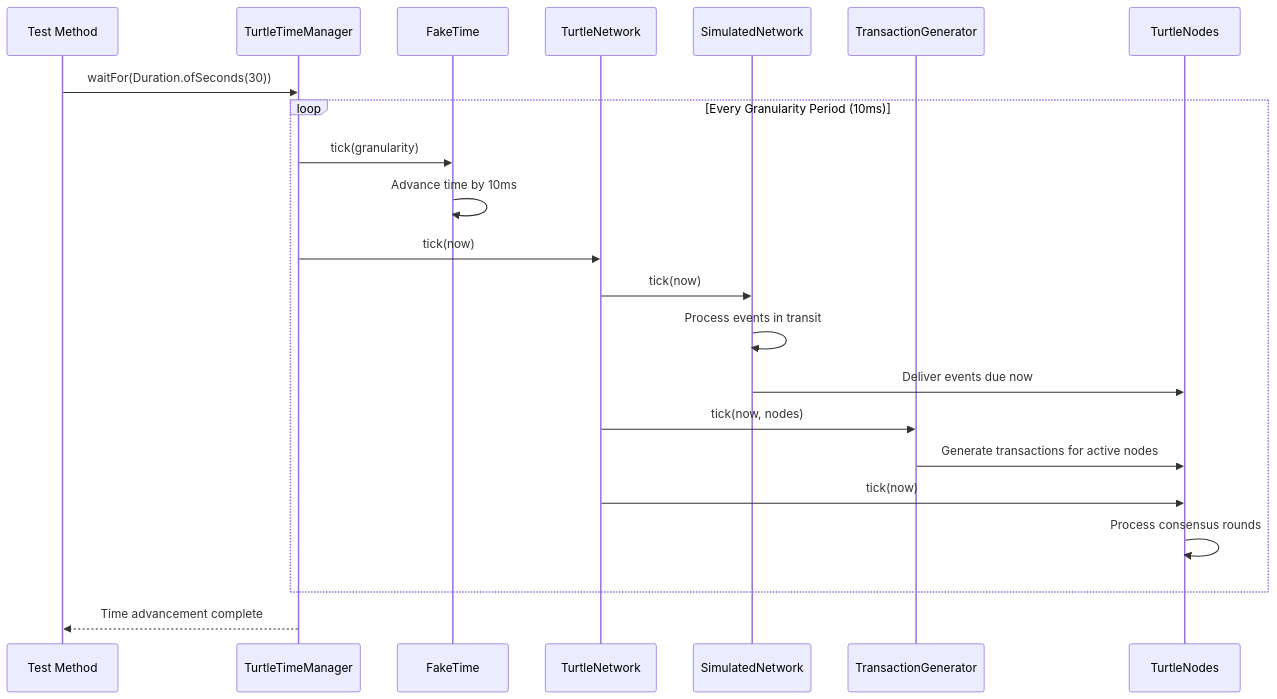
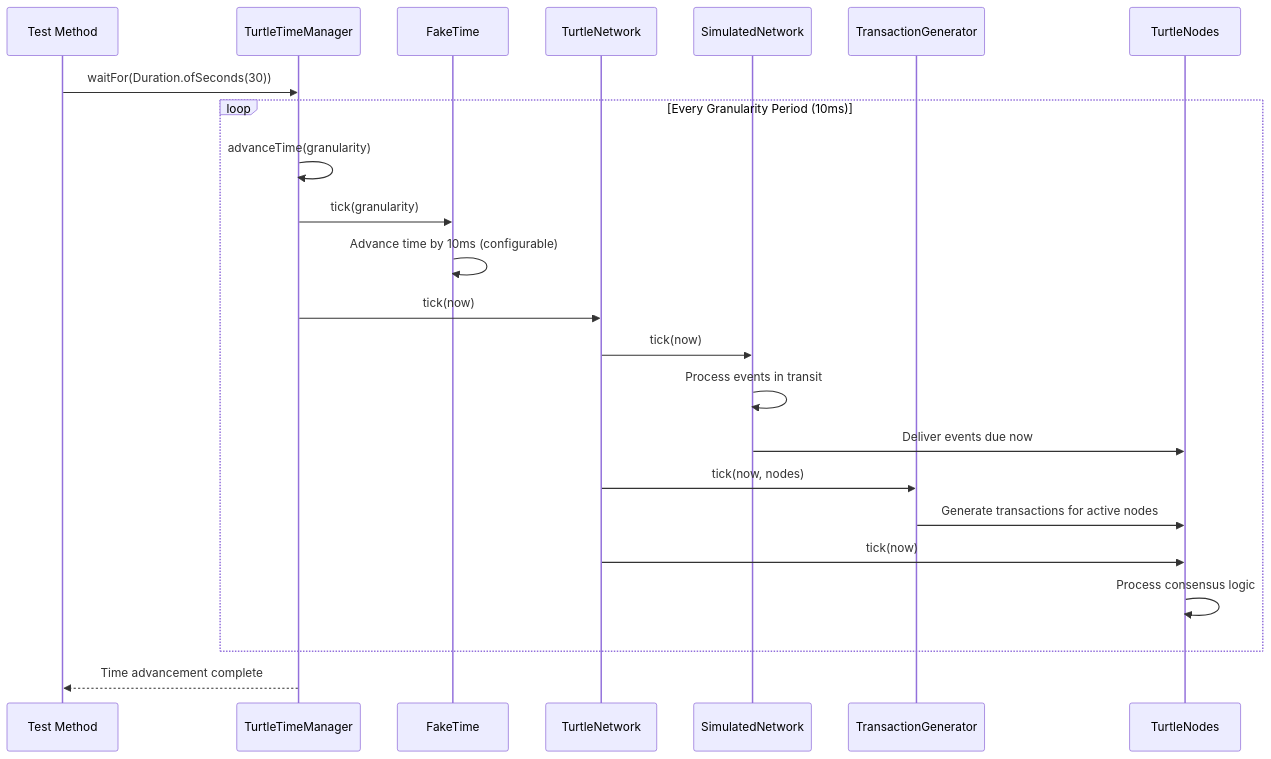
The fifth of 5 diagrams in platform-sdk/consensus-otter-tests/docs/turtle-environment.md (quiet-node/hiero-consensus-node), drawn with Mermaid before and after one commit. The commit also changed 2 other files, not shown here.

Commit message:
docs: Added container-environment.md (#20028)

````diff
--- a/platform-sdk/consensus-otter-tests/docs/turtle-environment.md
+++ b/platform-sdk/consensus-otter-tests/docs/turtle-environment.md
@@ -304,27 +304,28 @@
 ```mermaid
 sequenceDiagram
-    participant Test as Test Method
-    participant TTM as TurtleTimeManager
-    participant FT as FakeTime
-    participant TN as TurtleNetwork
-    participant SN as SimulatedNetwork
-    participant TG as TransactionGenerator
-    participant Nodes as TurtleNodes
+    participant Test Method
+    participant TurtleTimeManager
+    participant FakeTime
+    participant TurtleNetwork
+    participant SimulatedNetwork
+    participant TransactionGenerator
+    participant TurtleNodes
 
-    Test->>TTM: waitFor(Duration.ofSeconds(30))
+    Test Method->>TurtleTimeManager: waitFor(Duration.ofSeconds(30))
 
     loop Every Granularity Period (10ms)
-        TTM->>FT: tick(granularity)
-        FT->>FT: Advance time by 10ms
-        TTM->>TN: tick(now)
-        TN->>SN: tick(now)
-        SN->>SN: Process events in transit
-        SN->>Nodes: Deliver events due now
-        TN->>TG: tick(now, nodes)
-        TG->>Nodes: Generate transactions for active nodes
-        TN->>Nodes: tick(now)
-        Nodes->>Nodes: Process consensus rounds
+        TurtleTimeManager->>TurtleTimeManager: advanceTime(granularity)
+        TurtleTimeManager->>FakeTime: tick(granularity)
+        FakeTime->>FakeTime: Advance time by 10ms (configurable)
+        TurtleTimeManager->>TurtleNetwork: tick(now)
+        TurtleNetwork->>SimulatedNetwork: tick(now)
+        SimulatedNetwork->>SimulatedNetwork: Process events in transit
+        SimulatedNetwork->>TurtleNodes: Deliver events due now
+        TurtleNetwork->>TransactionGenerator: tick(now, nodes)
+        TransactionGenerator->>TurtleNodes: Generate transactions for active nodes
+        TurtleNetwork->>TurtleNodes: tick(now)
+        TurtleNodes->>TurtleNodes: Process consensus logic
     end
 
-    TTM-->>Test: Time advancement complete
+    TurtleTimeManager-->>Test Method: Time advancement complete
 ```
````
